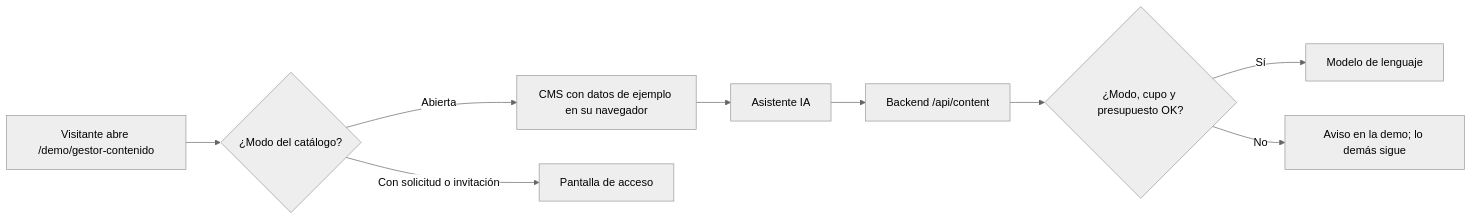
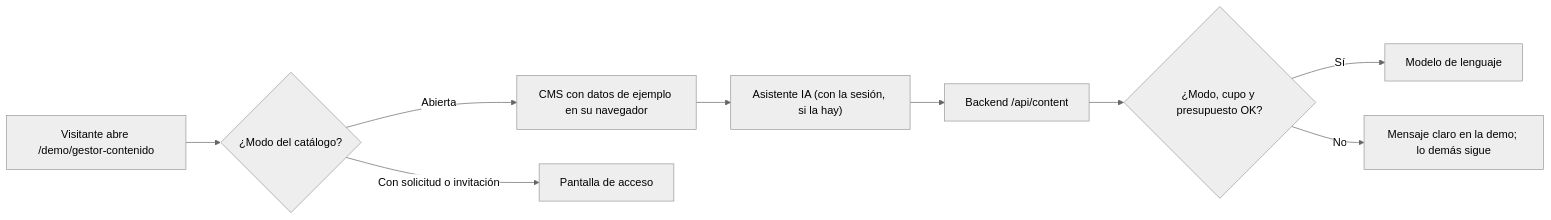
One commit to ronalc90/koptup changed the second of 2 diagrams in docs/wiki/Guia-Demo-gestor-contenido.md. Above: the diagram before and after it, drawn with Mermaid (neutral theme). The commit also changed other lines of this file and 33 other files, not shown here.

````diff
--- a/docs/wiki/Guia-Demo-gestor-contenido.md
+++ b/docs/wiki/Guia-Demo-gestor-contenido.md
@@ -277,11 +315,11 @@
 ```mermaid
 flowchart LR
     V["Visitante abre /demo/gestor-contenido"] --> C{"¿Modo del catálogo?"}
     C -- "Abierta" --> D["CMS con datos de ejemplo en su navegador"]
     C -- "Con solicitud o invitación" --> P["Pantalla de acceso"]
-    D --> IA["Asistente IA"]
+    D --> IA["Asistente IA (con la sesión, si la hay)"]
     IA --> B["Backend /api/content"]
     B --> G{"¿Modo, cupo y presupuesto OK?"}
     G -- "Sí" --> O["Modelo de lenguaje"]
-    G -- "No" --> M["Aviso en la demo; lo demás sigue"]
+    G -- "No" --> M["Mensaje claro en la demo; lo demás sigue"]
 ```
````
